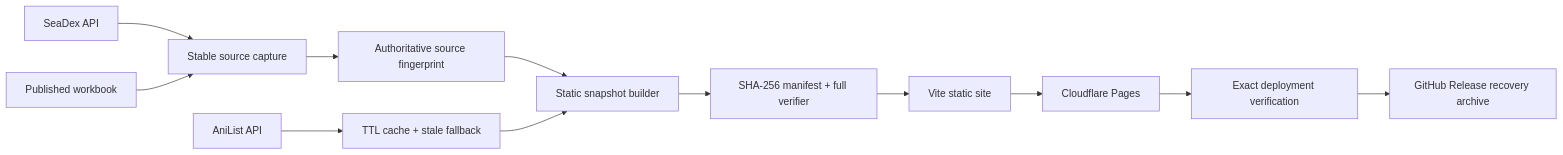
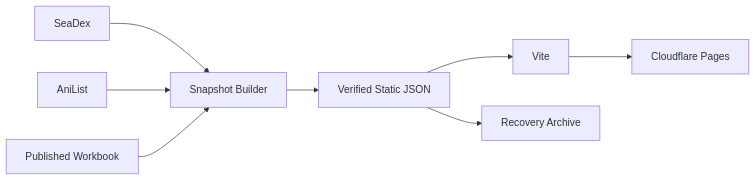
The diagram in README.md (EithonX/seadex-mirror), drawn with Mermaid before and after one commit. The commit also changed other lines of this file, not shown here.

````diff
--- a/README.md
+++ b/README.md
@@ -13,14 +13,10 @@
 ```mermaid
 flowchart LR
-    A[SeaDex API] --> B[Stable source capture]
-    C[Published workbook] --> B
-    B --> D[Authoritative source fingerprint]
-    E[AniList API] --> F[TTL cache + stale fallback]
-    D --> G[Static snapshot builder]
-    F --> G
-    G --> H[SHA-256 manifest + full verifier]
-    H --> I[Vite static site]
-    I --> J[Cloudflare Pages]
-    J --> K[Exact deployment verification]
-    K --> L[GitHub Release recovery archive]
+    A[SeaDex] --> B[Snapshot Builder]
+    C[AniList] --> B
+    D[Published Workbook] --> B
+    B --> E[Verified Static JSON]
+    E --> F[Vite]
+    F --> G[Cloudflare Pages]
+    E --> H[Recovery Archive]
 ```
````
